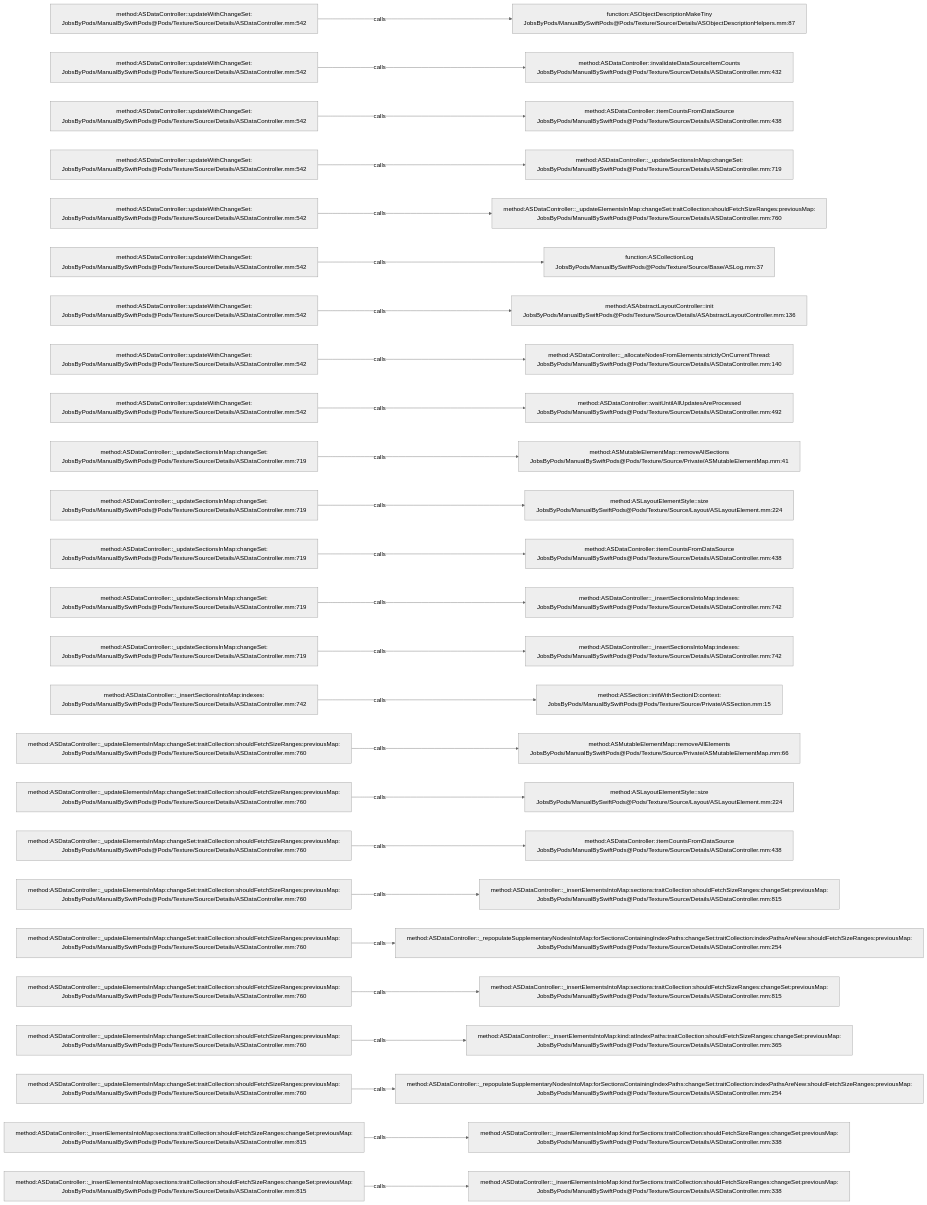
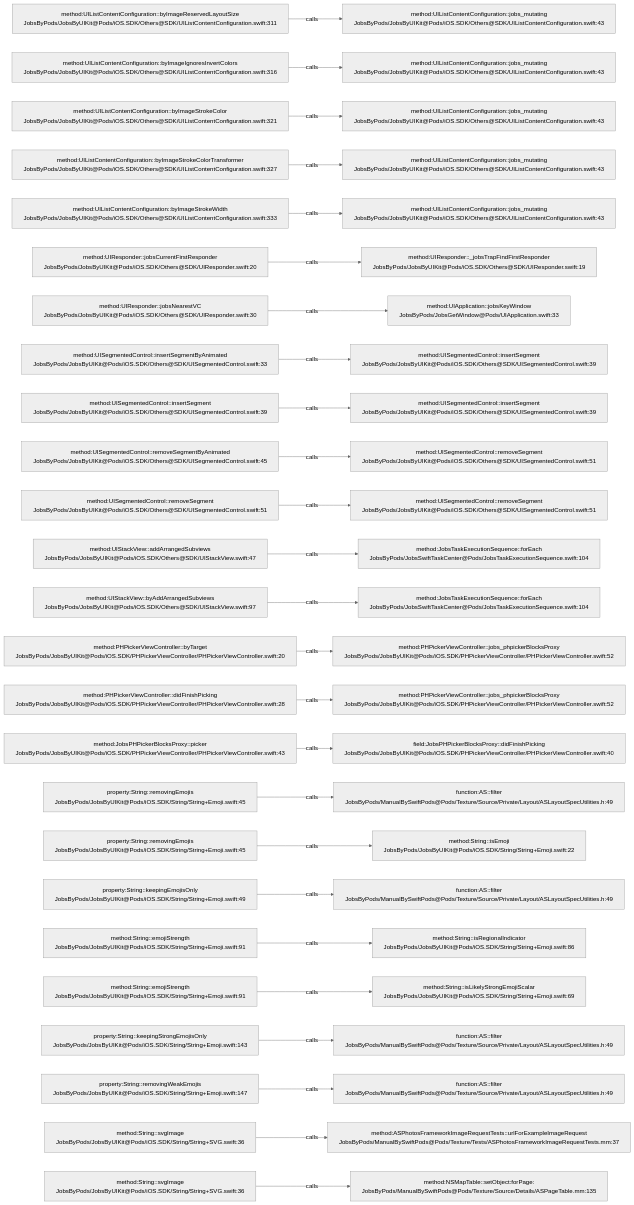
One commit to JobsKits/JobsSwiftBaseConfigDemo changed the diagram in .codegraph/codegraph.md/graphs/calls-086.md. Above: the diagram before and after it, drawn with Mermaid (neutral theme). The commit also changed 224 other files, not shown here.

````diff
--- a/.codegraph/codegraph.md/graphs/calls-086.md
+++ b/.codegraph/codegraph.md/graphs/calls-086.md
@@ -13,78 +13,78 @@
 ```mermaid
 flowchart LR
-  S1["method:ASDataController::updateWithChangeSet:<br/>JobsByPods/ManualBySwiftPods@Pods/Texture/Source/Details/ASDataController.mm:542"]
-  T1["function:ASObjectDescriptionMakeTiny<br/>JobsByPods/ManualBySwiftPods@Pods/Texture/Source/Details/ASObjectDescriptionHelpers.mm:87"]
+  S1["method:UIListContentConfiguration::byImageReservedLayoutSize<br/>JobsByPods/JobsByUIKit@Pods/iOS.SDK/Others@SDK/UIListContentConfiguration.swift:311"]
+  T1["method:UIListContentConfiguration::jobs_mutating<br/>JobsByPods/JobsByUIKit@Pods/iOS.SDK/Others@SDK/UIListContentConfiguration.swift:43"]
   S1 -->|calls| T1
-  S2["method:ASDataController::updateWithChangeSet:<br/>JobsByPods/ManualBySwiftPods@Pods/Texture/Source/Details/ASDataController.mm:542"]
-  T2["method:ASDataController::invalidateDataSourceItemCounts<br/>JobsByPods/ManualBySwiftPods@Pods/Texture/Source/Details/ASDataController.mm:432"]
+  S2["method:UIListContentConfiguration::byImageIgnoresInvertColors<br/>JobsByPods/JobsByUIKit@Pods/iOS.SDK/Others@SDK/UIListContentConfiguration.swift:316"]
+  T2["method:UIListContentConfiguration::jobs_mutating<br/>JobsByPods/JobsByUIKit@Pods/iOS.SDK/Others@SDK/UIListContentConfiguration.swift:43"]
   S2 -->|calls| T2
-  S3["method:ASDataController::updateWithChangeSet:<br/>JobsByPods/ManualBySwiftPods@Pods/Texture/Source/Details/ASDataController.mm:542"]
-  T3["method:ASDataController::itemCountsFromDataSource<br/>JobsByPods/ManualBySwiftPods@Pods/Texture/Source/Details/ASDataController.mm:438"]
+  S3["method:UIListContentConfiguration::byImageStrokeColor<br/>JobsByPods/JobsByUIKit@Pods/iOS.SDK/Others@SDK/UIListContentConfiguration.swift:321"]
+  T3["method:UIListContentConfiguration::jobs_mutating<br/>JobsByPods/JobsByUIKit@Pods/iOS.SDK/Others@SDK/UIListContentConfiguration.swift:43"]
   S3 -->|calls| T3
-  S4["method:ASDataController::updateWithChangeSet:<br/>JobsByPods/ManualBySwiftPods@Pods/Texture/Source/Details/ASDataController.mm:542"]
-  T4["method:ASDataController::_updateSectionsInMap:changeSet:<br/>JobsByPods/ManualBySwiftPods@Pods/Texture/Source/Details/ASDataController.mm:719"]
+  S4["method:UIListContentConfiguration::byImageStrokeColorTransformer<br/>JobsByPods/JobsByUIKit@Pods/iOS.SDK/Others@SDK/UIListContentConfiguration.swift:327"]
+  T4["method:UIListContentConfiguration::jobs_mutating<br/>JobsByPods/JobsByUIKit@Pods/iOS.SDK/Others@SDK/UIListContentConfiguration.swift:43"]
   S4 -->|calls| T4
-  S5["method:ASDataController::updateWithChangeSet:<br/>JobsByPods/ManualBySwiftPods@Pods/Texture/Source/Details/ASDataController.mm:542"]
-  T5["method:ASDataController::_updateElementsInMap:changeSet:traitCollection:shouldFetchSizeRanges:previousMap:<br/>JobsByPods/ManualBySwiftPods@Pods/Texture/Source/Details/ASDataController.mm:760"]
+  S5["method:UIListContentConfiguration::byImageStrokeWidth<br/>JobsByPods/JobsByUIKit@Pods/iOS.SDK/Others@SDK/UIListContentConfiguration.swift:333"]
+  T5["method:UIListContentConfiguration::jobs_mutating<br/>JobsByPods/JobsByUIKit@Pods/iOS.SDK/Others@SDK/UIListContentConfiguration.swift:43"]
   S5 -->|calls| T5
-  S6["method:ASDataController::updateWithChangeSet:<br/>JobsByPods/ManualBySwiftPods@Pods/Texture/Source/Details/ASDataController.mm:542"]
-  T6["function:ASCollectionLog<br/>JobsByPods/ManualBySwiftPods@Pods/Texture/Source/Base/ASLog.mm:37"]
+  S6["method:UIResponder::jobsCurrentFirstResponder<br/>JobsByPods/JobsByUIKit@Pods/iOS.SDK/Others@SDK/UIResponder.swift:20"]
+  T6["method:UIResponder::_jobsTrapFindFirstResponder<br/>JobsByPods/JobsByUIKit@Pods/iOS.SDK/Others@SDK/UIResponder.swift:19"]
   S6 -->|calls| T6
-  S7["method:ASDataController::updateWithChangeSet:<br/>JobsByPods/ManualBySwiftPods@Pods/Texture/Source/Details/ASDataController.mm:542"]
-  T7["method:ASAbstractLayoutController::init<br/>JobsByPods/ManualBySwiftPods@Pods/Texture/Source/Details/ASAbstractLayoutController.mm:136"]
+  S7["method:UIResponder::jobsNearestVC<br/>JobsByPods/JobsByUIKit@Pods/iOS.SDK/Others@SDK/UIResponder.swift:30"]
+  T7["method:UIApplication::jobsKeyWindow<br/>JobsByPods/JobsGetWindow@Pods/UIApplication.swift:33"]
   S7 -->|calls| T7
-  S8["method:ASDataController::updateWithChangeSet:<br/>JobsByPods/ManualBySwiftPods@Pods/Texture/Source/Details/ASDataController.mm:542"]
-  T8["method:ASDataController::_allocateNodesFromElements:strictlyOnCurrentThread:<br/>JobsByPods/ManualBySwiftPods@Pods/Texture/Source/Details/ASDataController.mm:140"]
+  S8["method:UISegmentedControl::insertSegmentByAnimated<br/>JobsByPods/JobsByUIKit@Pods/iOS.SDK/Others@SDK/UISegmentedControl.swift:33"]
+  T8["method:UISegmentedControl::insertSegment<br/>JobsByPods/JobsByUIKit@Pods/iOS.SDK/Others@SDK/UISegmentedControl.swift:39"]
   S8 -->|calls| T8
-  S9["method:ASDataController::updateWithChangeSet:<br/>JobsByPods/ManualBySwiftPods@Pods/Texture/Source/Details/ASDataController.mm:542"]
-  T9["method:ASDataController::waitUntilAllUpdatesAreProcessed<br/>JobsByPods/ManualBySwiftPods@Pods/Texture/Source/Details/ASDataController.mm:492"]
+  S9["method:UISegmentedControl::insertSegment<br/>JobsByPods/JobsByUIKit@Pods/iOS.SDK/Others@SDK/UISegmentedControl.swift:39"]
+  T9["method:UISegmentedControl::insertSegment<br/>JobsByPods/JobsByUIKit@Pods/iOS.SDK/Others@SDK/UISegmentedControl.swift:39"]
   S9 -->|calls| T9
-  S10["method:ASDataController::_updateSectionsInMap:changeSet:<br/>JobsByPods/ManualBySwiftPods@Pods/Texture/Source/Details/ASDataController.mm:719"]
-  T10["method:ASMutableElementMap::removeAllSections<br/>JobsByPods/ManualBySwiftPods@Pods/Texture/Source/Private/ASMutableElementMap.mm:41"]
+  S10["method:UISegmentedControl::removeSegmentByAnimated<br/>JobsByPods/JobsByUIKit@Pods/iOS.SDK/Others@SDK/UISegmentedControl.swift:45"]
+  T10["method:UISegmentedControl::removeSegment<br/>JobsByPods/JobsByUIKit@Pods/iOS.SDK/Others@SDK/UISegmentedControl.swift:51"]
   S10 -->|calls| T10
-  S11["method:ASDataController::_updateSectionsInMap:changeSet:<br/>JobsByPods/ManualBySwiftPods@Pods/Texture/Source/Details/ASDataController.mm:719"]
-  T11["method:ASLayoutElementStyle::size<br/>JobsByPods/ManualBySwiftPods@Pods/Texture/Source/Layout/ASLayoutElement.mm:224"]
+  S11["method:UISegmentedControl::removeSegment<br/>JobsByPods/JobsByUIKit@Pods/iOS.SDK/Others@SDK/UISegmentedControl.swift:51"]
+  T11["method:UISegmentedControl::removeSegment<br/>JobsByPods/JobsByUIKit@Pods/iOS.SDK/Others@SDK/UISegmentedControl.swift:51"]
   S11 -->|calls| T11
-  S12["method:ASDataController::_updateSectionsInMap:changeSet:<br/>JobsByPods/ManualBySwiftPods@Pods/Texture/Source/Details/ASDataController.mm:719"]
-  T12["method:ASDataController::itemCountsFromDataSource<br/>JobsByPods/ManualBySwiftPods@Pods/Texture/Source/Details/ASDataController.mm:438"]
+  S12["method:UIStackView::addArrangedSubviews<br/>JobsByPods/JobsByUIKit@Pods/iOS.SDK/Others@SDK/UIStackView.swift:47"]
+  T12["method:JobsTaskExecutionSequence::forEach<br/>JobsByPods/JobsSwiftTaskCenter@Pods/JobsTaskExecutionSequence.swift:104"]
   S12 -->|calls| T12
-  S13["method:ASDataController::_updateSectionsInMap:changeSet:<br/>JobsByPods/ManualBySwiftPods@Pods/Texture/Source/Details/ASDataController.mm:719"]
-  T13["method:ASDataController::_insertSectionsIntoMap:indexes:<br/>JobsByPods/ManualBySwiftPods@Pods/Texture/Source/Details/ASDataController.mm:742"]
+  S13["method:UIStackView::byAddArrangedSubviews<br/>JobsByPods/JobsByUIKit@Pods/iOS.SDK/Others@SDK/UIStackView.swift:97"]
+  T13["method:JobsTaskExecutionSequence::forEach<br/>JobsByPods/JobsSwiftTaskCenter@Pods/JobsTaskExecutionSequence.swift:104"]
   S13 -->|calls| T13
-  S14["method:ASDataController::_updateSectionsInMap:changeSet:<br/>JobsByPods/ManualBySwiftPods@Pods/Texture/Source/Details/ASDataController.mm:719"]
-  T14["method:ASDataController::_insertSectionsIntoMap:indexes:<br/>JobsByPods/ManualBySwiftPods@Pods/Texture/Source/Details/ASDataController.mm:742"]
+  S14["method:PHPickerViewController::byTarget<br/>JobsByPods/JobsByUIKit@Pods/iOS.SDK/PHPickerViewController/PHPickerViewController.swift:20"]
+  T14["method:PHPickerViewController::jobs_phpickerBlocksProxy<br/>JobsByPods/JobsByUIKit@Pods/iOS.SDK/PHPickerViewController/PHPickerViewController.swift:52"]
   S14 -->|calls| T14
-  S15["method:ASDataController::_insertSectionsIntoMap:indexes:<br/>JobsByPods/ManualBySwiftPods@Pods/Texture/Source/Details/ASDataController.mm:742"]
-  T15["method:ASSection::initWithSectionID:context:<br/>JobsByPods/ManualBySwiftPods@Pods/Texture/Source/Private/ASSection.mm:15"]
+  S15["method:PHPickerViewController::didFinishPicking<br/>JobsByPods/JobsByUIKit@Pods/iOS.SDK/PHPickerViewController/PHPickerViewController.swift:28"]
+  T15["method:PHPickerViewController::jobs_phpickerBlocksProxy<br/>JobsByPods/JobsByUIKit@Pods/iOS.SDK/PHPickerViewController/PHPickerViewController.swift:52"]
   S15 -->|calls| T15
-  S16["method:ASDataController::_updateElementsInMap:changeSet:traitCollection:shouldFetchSizeRanges:previousMap:<br/>JobsByPods/ManualBySwiftPods@Pods/Texture/Source/Details/ASDataController.mm:760"]
-  T16["method:ASMutableElementMap::removeAllElements<br/>JobsByPods/ManualBySwiftPods@Pods/Texture/Source/Private/ASMutableElementMap.mm:66"]
+  S16["method:JobsPHPickerBlocksProxy::picker<br/>JobsByPods/JobsByUIKit@Pods/iOS.SDK/PHPickerViewController/PHPickerViewController.swift:43"]
+  T16["field:JobsPHPickerBlocksProxy::didFinishPicking<br/>JobsByPods/JobsByUIKit@Pods/iOS.SDK/PHPickerViewController/PHPickerViewController.swift:40"]
   S16 -->|calls| T16
-  S17["method:ASDataController::_updateElementsInMap:changeSet:traitCollection:shouldFetchSizeRanges:previousMap:<br/>JobsByPods/ManualBySwiftPods@Pods/Texture/Source/Details/ASDataController.mm:760"]
-  T17["method:ASLayoutElementStyle::size<br/>JobsByPods/ManualBySwiftPods@Pods/Texture/Source/Layout/ASLayoutElement.mm:224"]
+  S17["property:String::removingEmojis<br/>JobsByPods/JobsByUIKit@Pods/iOS.SDK/String/String+Emoji.swift:45"]
+  T17["function:AS::filter<br/>JobsByPods/ManualBySwiftPods@Pods/Texture/Source/Private/Layout/ASLayoutSpecUtilities.h:49"]
   S17 -->|calls| T17
-  S18["method:ASDataController::_updateElementsInMap:changeSet:traitCollection:shouldFetchSizeRanges:previousMap:<br/>JobsByPods/ManualBySwiftPods@Pods/Texture/Source/Details/ASDataController.mm:760"]
-  T18["method:ASDataController::itemCountsFromDataSource<br/>JobsByPods/ManualBySwiftPods@Pods/Texture/Source/Details/ASDataController.mm:438"]
+  S18["property:String::removingEmojis<br/>JobsByPods/JobsByUIKit@Pods/iOS.SDK/String/String+Emoji.swift:45"]
+  T18["method:String::isEmoji<br/>JobsByPods/JobsByUIKit@Pods/iOS.SDK/String/String+Emoji.swift:22"]
   S18 -->|calls| T18
-  S19["method:ASDataController::_updateElementsInMap:changeSet:traitCollection:shouldFetchSizeRanges:previousMap:<br/>JobsByPods/ManualBySwiftPods@Pods/Texture/Source/Details/ASDataController.mm:760"]
-  T19["method:ASDataController::_insertElementsIntoMap:sections:traitCollection:shouldFetchSizeRanges:changeSet:previousMap:<br/>JobsByPods/ManualBySwiftPods@Pods/Texture/Source/Details/ASDataController.mm:815"]
+  S19["property:String::keepingEmojisOnly<br/>JobsByPods/JobsByUIKit@Pods/iOS.SDK/String/String+Emoji.swift:49"]
+  T19["function:AS::filter<br/>JobsByPods/ManualBySwiftPods@Pods/Texture/Source/Private/Layout/ASLayoutSpecUtilities.h:49"]
   S19 -->|calls| T19
-  S20["method:ASDataController::_updateElementsInMap:changeSet:traitCollection:shouldFetchSizeRanges:previousMap:<br/>JobsByPods/ManualBySwiftPods@Pods/Texture/Source/Details/ASDataController.mm:760"]
-  T20["method:ASDataController::_repopulateSupplementaryNodesIntoMap:forSectionsContainingIndexPaths:changeSet:traitCollection:indexPathsAreNew:shouldFetchSizeRanges:previousMap:<br/>JobsByPods/ManualBySwiftPods@Pods/Texture/Source/Details/ASDataController.mm:254"]
+  S20["method:String::emojiStrength<br/>JobsByPods/JobsByUIKit@Pods/iOS.SDK/String/String+Emoji.swift:91"]
+  T20["method:String::isRegionalIndicator<br/>JobsByPods/JobsByUIKit@Pods/iOS.SDK/String/String+Emoji.swift:86"]
   S20 -->|calls| T20
-  S21["method:ASDataController::_updateElementsInMap:changeSet:traitCollection:shouldFetchSizeRanges:previousMap:<br/>JobsByPods/ManualBySwiftPods@Pods/Texture/Source/Details/ASDataController.mm:760"]
-  T21["method:ASDataController::_insertElementsIntoMap:sections:traitCollection:shouldFetchSizeRanges:changeSet:previousMap:<br/>JobsByPods/ManualBySwiftPods@Pods/Texture/Source/Details/ASDataController.mm:815"]
+  S21["method:String::emojiStrength<br/>JobsByPods/JobsByUIKit@Pods/iOS.SDK/String/String+Emoji.swift:91"]
+  T21["method:String::isLikelyStrongEmojiScalar<br/>JobsByPods/JobsByUIKit@Pods/iOS.SDK/String/String+Emoji.swift:69"]
   S21 -->|calls| T21
-  S22["method:ASDataController::_updateElementsInMap:changeSet:traitCollection:shouldFetchSizeRanges:previousMap:<br/>JobsByPods/ManualBySwiftPods@Pods/Texture/Source/Details/ASDataController.mm:760"]
-  T22["method:ASDataController::_insertElementsIntoMap:kind:atIndexPaths:traitCollection:shouldFetchSizeRanges:changeSet:previousMap:<br/>JobsByPods/ManualBySwiftPods@Pods/Texture/Source/Details/ASDataController.mm:365"]
+  S22["property:String::keepingStrongEmojisOnly<br/>JobsByPods/JobsByUIKit@Pods/iOS.SDK/String/String+Emoji.swift:143"]
+  T22["function:AS::filter<br/>JobsByPods/ManualBySwiftPods@Pods/Texture/Source/Private/Layout/ASLayoutSpecUtilities.h:49"]
   S22 -->|calls| T22
-  S23["method:ASDataController::_updateElementsInMap:changeSet:traitCollection:shouldFetchSizeRanges:previousMap:<br/>JobsByPods/ManualBySwiftPods@Pods/Texture/Source/Details/ASDataController.mm:760"]
-  T23["method:ASDataController::_repopulateSupplementaryNodesIntoMap:forSectionsContainingIndexPaths:changeSet:traitCollection:indexPathsAreNew:shouldFetchSizeRanges:previousMap:<br/>JobsByPods/ManualBySwiftPods@Pods/Texture/Source/Details/ASDataController.mm:254"]
+  S23["property:String::removingWeakEmojis<br/>JobsByPods/JobsByUIKit@Pods/iOS.SDK/String/String+Emoji.swift:147"]
+  T23["function:AS::filter<br/>JobsByPods/ManualBySwiftPods@Pods/Texture/Source/Private/Layout/ASLayoutSpecUtilities.h:49"]
   S23 -->|calls| T23
-  S24["method:ASDataController::_insertElementsIntoMap:sections:traitCollection:shouldFetchSizeRanges:changeSet:previousMap:<br/>JobsByPods/ManualBySwiftPods@Pods/Texture/Source/Details/ASDataController.mm:815"]
-  T24["method:ASDataController::_insertElementsIntoMap:kind:forSections:traitCollection:shouldFetchSizeRanges:changeSet:previousMap:<br/>JobsByPods/ManualBySwiftPods@Pods/Texture/Source/Details/ASDataController.mm:338"]
+  S24["method:String::svgImage<br/>JobsByPods/JobsByUIKit@Pods/iOS.SDK/String/String+SVG.swift:36"]
+  T24["method:ASPhotosFrameworkImageRequestTests::urlForExampleImageRequest<br/>JobsByPods/ManualBySwiftPods@Pods/Texture/Tests/ASPhotosFrameworkImageRequestTests.mm:37"]
   S24 -->|calls| T24
-  S25["method:ASDataController::_insertElementsIntoMap:sections:traitCollection:shouldFetchSizeRanges:changeSet:previousMap:<br/>JobsByPods/ManualBySwiftPods@Pods/Texture/Source/Details/ASDataController.mm:815"]
-  T25["method:ASDataController::_insertElementsIntoMap:kind:forSections:traitCollection:shouldFetchSizeRanges:changeSet:previousMap:<br/>JobsByPods/ManualBySwiftPods@Pods/Texture/Source/Details/ASDataController.mm:338"]
+  S25["method:String::svgImage<br/>JobsByPods/JobsByUIKit@Pods/iOS.SDK/String/String+SVG.swift:36"]
+  T25["method:NSMapTable::setObject:forPage:<br/>JobsByPods/ManualBySwiftPods@Pods/Texture/Source/Details/ASPageTable.mm:135"]
   S25 -->|calls| T25
 ```
````
